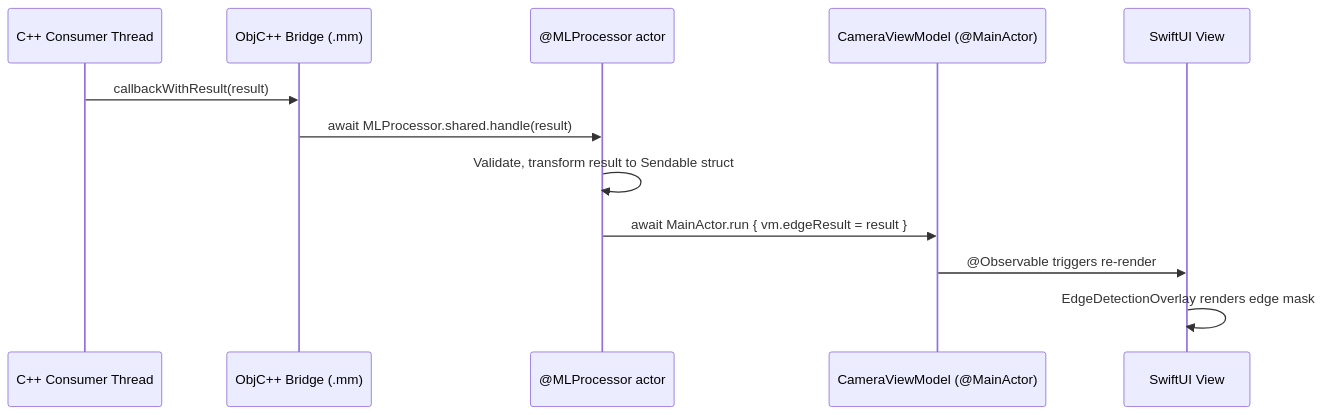
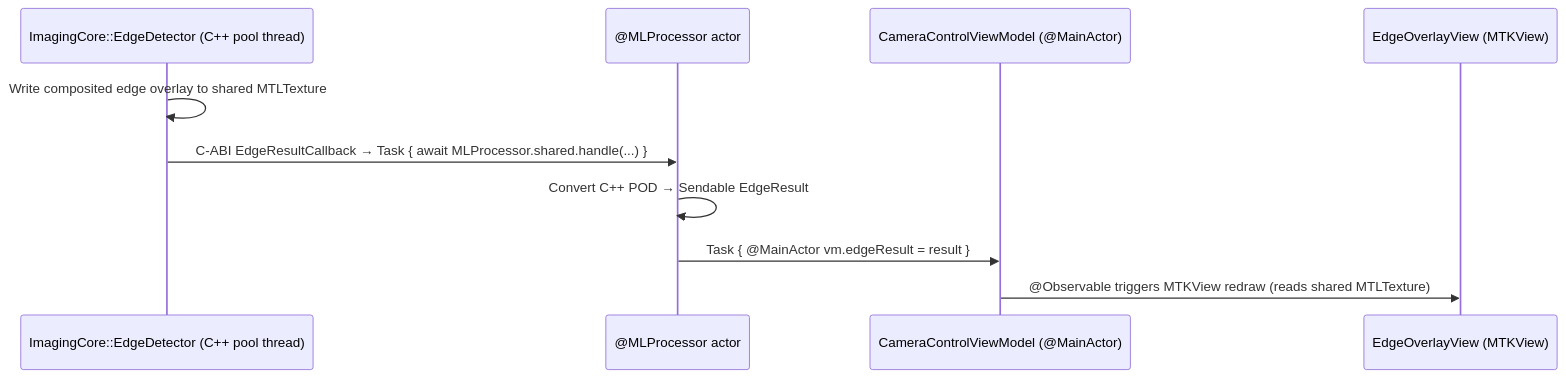
One commit to Shreeyak/camera2-ios-translation changed the third of 3 diagrams in design/01-architecture.md. Above: the diagram before and after it, drawn with Mermaid. The commit also changed other lines of this file and 42 other files, not shown here.

````diff
--- a/design/01-architecture.md
+++ b/design/01-architecture.md
@@ -195,15 +214,13 @@
 ```mermaid
 sequenceDiagram
-    participant Consumer as C++ Consumer Thread
-    participant Bridge as ObjC++ Bridge (.mm)
+    participant ED as ImagingCore::EdgeDetector (C++ pool thread)
     participant ML as @MLProcessor actor
-    participant VM as CameraViewModel (@MainActor)
-    participant UI as SwiftUI View
+    participant VM as CameraControlViewModel (@MainActor)
+    participant OV as EdgeOverlayView (MTKView)
 
-    Consumer->>Bridge: callbackWithResult(result)
-    Bridge->>ML: await MLProcessor.shared.handle(result)
-    ML->>ML: Validate, transform result to Sendable struct
-    ML->>VM: await MainActor.run { vm.edgeResult = result }
-    VM->>UI: @Observable triggers re-render
-    UI->>UI: EdgeDetectionOverlay renders edge mask
+    ED->>ED: Write composited edge overlay to shared MTLTexture
+    ED->>ML: C-ABI EdgeResultCallback → Task { await MLProcessor.shared.handle(...) }
+    ML->>ML: Convert C++ POD → Sendable EdgeResult
+    ML->>VM: Task { @MainActor vm.edgeResult = result }
+    VM->>OV: @Observable triggers MTKView redraw (reads shared MTLTexture)
 ```
````
